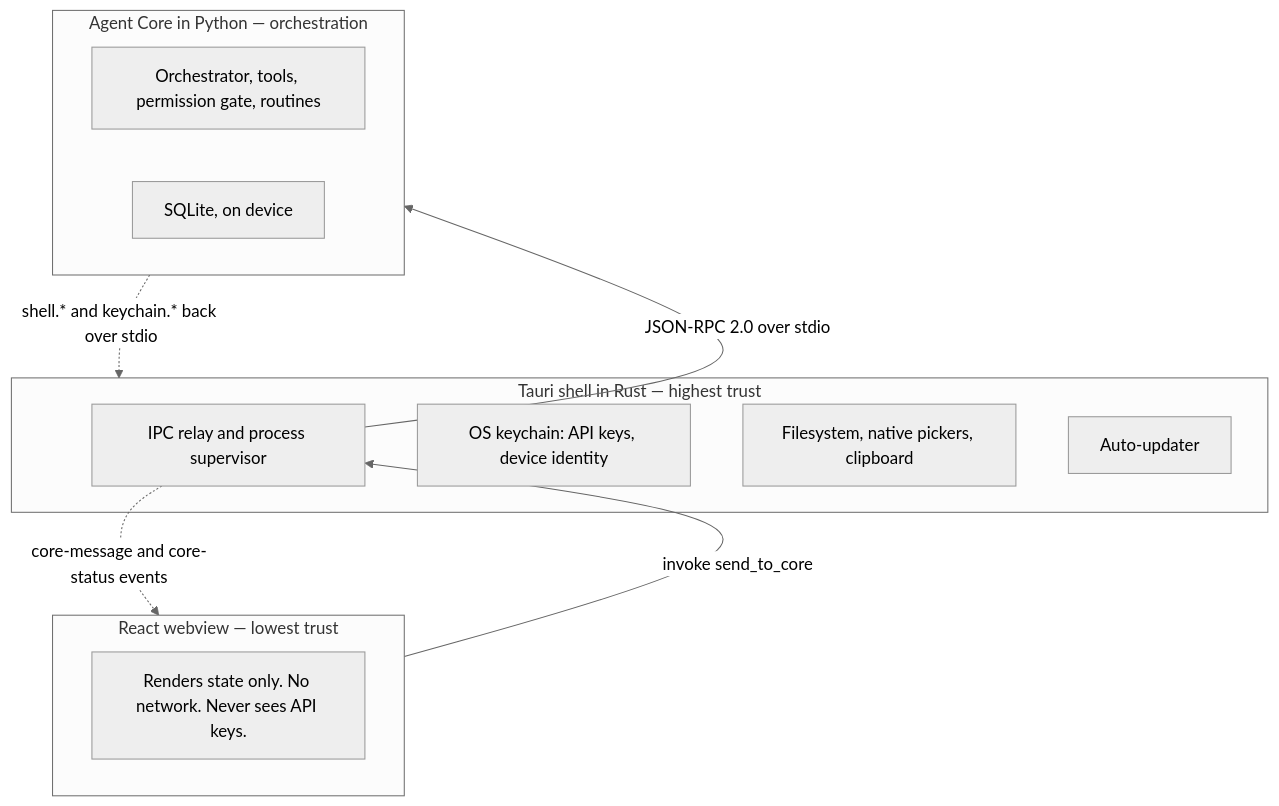
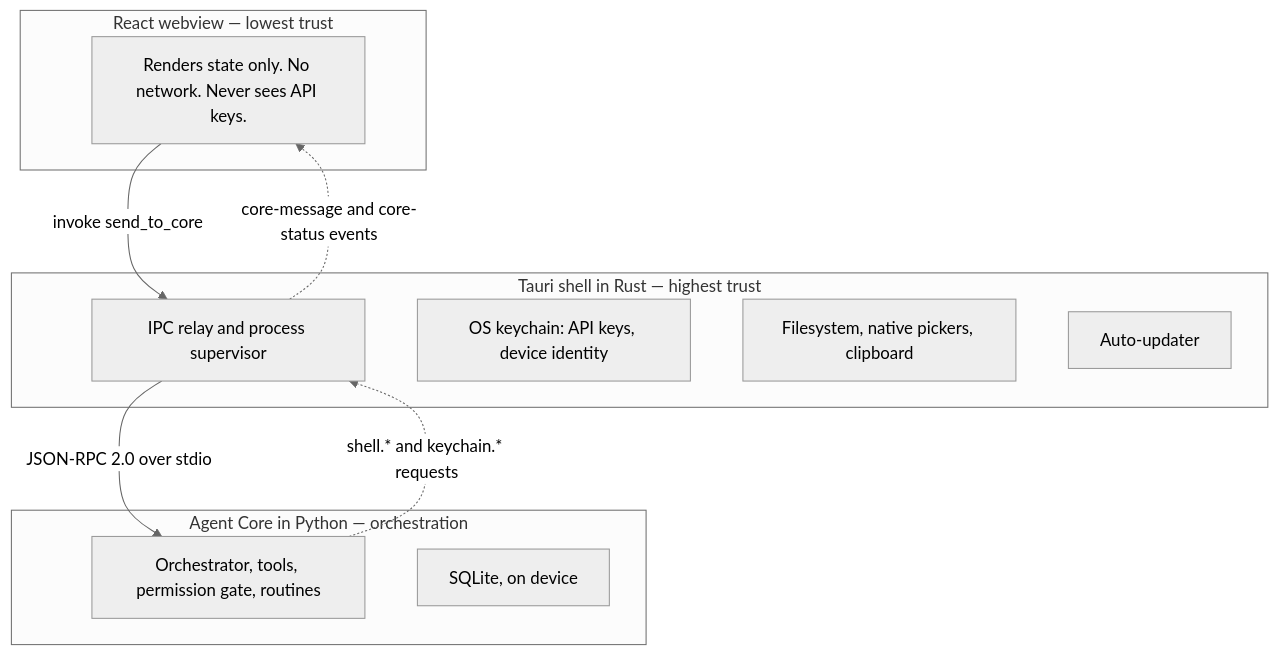
Before and after one commit to N041M/Addison: the diagram in README.md, drawn with Mermaid (neutral theme). The commit also changed other lines of this file and 5 other files, not shown here.

First line of the commit message:
Docs pass: fix broken/overlapping mermaid, retire stale claims, de-brochure the prose

````diff
--- a/README.md
+++ b/README.md
@@ -19,21 +19,21 @@
 ```mermaid
 flowchart TB
     subgraph webview["React webview — lowest trust"]
         UI["Renders state only. No network. Never sees API keys."]
     end
     subgraph shell["Tauri shell in Rust — highest trust"]
         Relay["IPC relay and process supervisor"]
         KC["OS keychain: API keys, device identity"]
         FS["Filesystem, native pickers, clipboard"]
         UP["Auto-updater"]
     end
     subgraph core["Agent Core in Python — orchestration"]
         Orch["Orchestrator, tools, permission gate, routines"]
         DB["SQLite, on device"]
     end
 
-    webview -->|"invoke send_to_core"| Relay
-    Relay -->|"JSON-RPC 2.0 over stdio"| core
-    core -.->|"shell.* and keychain.* back over stdio"| shell
-    Relay -.->|"core-message and core-status events"| webview
+    UI -->|"invoke send_to_core"| Relay
+    Relay -->|"JSON-RPC 2.0 over stdio"| Orch
+    Orch -.->|"shell.* and keychain.* requests"| Relay
+    Relay -.->|"core-message and core-status events"| UI
 ```
````
